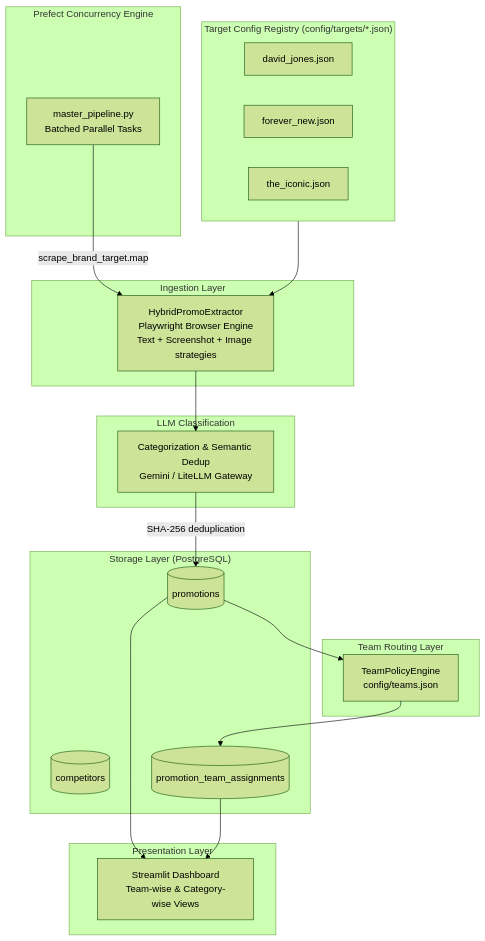
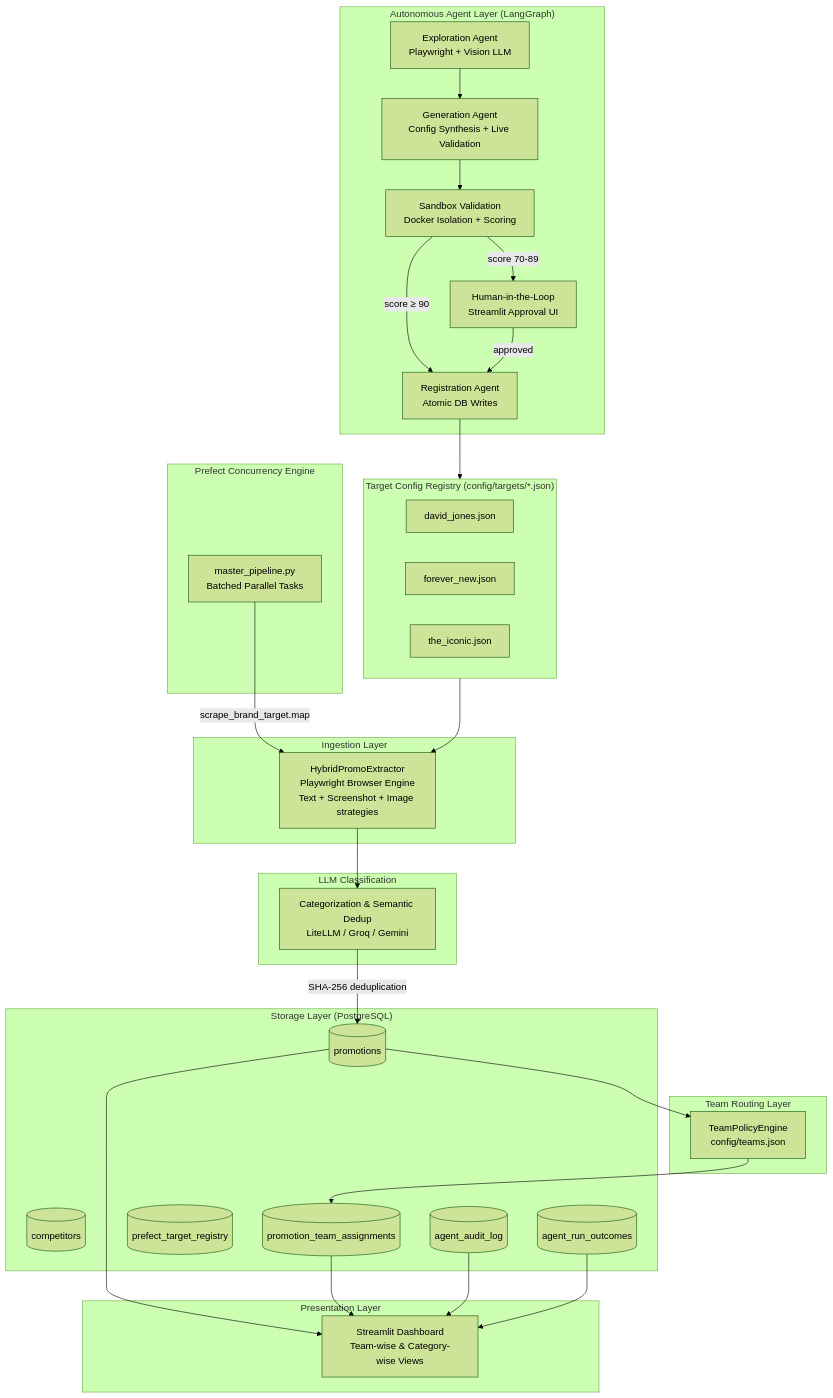
Before and after one commit to Arshu45/Autonoumous_Scraper_Agent_v1: the first of 3 diagrams in confluence_documentation.md, drawn with Mermaid (forest theme). The commit also changed other lines of this file and 14 other files, not shown here.

````diff
--- a/confluence_documentation.md
+++ b/confluence_documentation.md
@@ -15,43 +15,59 @@
 ```mermaid
 graph TD
+    subgraph AGENT["Autonomous Agent Layer (LangGraph)"]
+        EXP["Exploration Agent<br/>Playwright + Vision LLM"]
+        GEN["Generation Agent<br/>Config Synthesis + Live Validation"]
+        SBX["Sandbox Validation<br/>Docker Isolation + Scoring"]
+        REG["Registration Agent<br/>Atomic DB Writes"]
+        EXP --> GEN --> SBX -->|"score ≥ 90"| REG
+        SBX -->|"score 70-89"| HITL["Human-in-the-Loop<br/>Streamlit Approval UI"]
+    end
+
     subgraph Configs["Target Config Registry (config/targets/*.json)"]
         C1[david_jones.json]
         C2[forever_new.json]
         C3[the_iconic.json]
     end
 
     subgraph BRONZE["Ingestion Layer"]
         HPE["HybridPromoExtractor<br/>Playwright Browser Engine<br/>Text + Screenshot + Image strategies"]
     end
 
     subgraph LLM["LLM Classification"]
-        CAT["Categorization & Semantic Dedup<br/>Gemini / LiteLLM Gateway"]
+        CAT["Categorization & Semantic Dedup<br/>LiteLLM / Groq / Gemini"]
     end
 
     subgraph SILVER["Storage Layer (PostgreSQL)"]
         DB1[(competitors)]
         DB2[(promotions)]
         DB3[(promotion_team_assignments)]
+        DB4[(prefect_target_registry)]
+        DB5[(agent_audit_log)]
+        DB6[(agent_run_outcomes)]
     end
 
     subgraph ROUTING["Team Routing Layer"]
         TPE["TeamPolicyEngine<br/>config/teams.json"]
     end
 
     subgraph ORCH["Prefect Concurrency Engine"]
         MP["master_pipeline.py<br/>Batched Parallel Tasks"]
     end
 
     subgraph GOLD["Presentation Layer"]
         DASH["Streamlit Dashboard<br/>Team-wise & Category-wise Views"]
     end
 
+    REG --> Configs
+    HITL -->|"approved"| REG
     Configs --> HPE
     MP -->|"scrape_brand_target.map"| HPE
     HPE --> CAT
     CAT -->|"SHA-256 deduplication"| DB2
     DB2 --> TPE
     TPE --> DB3
     DB2 --> DASH
     DB3 --> DASH
+    DB5 --> DASH
+    DB6 --> DASH
 ```
````
